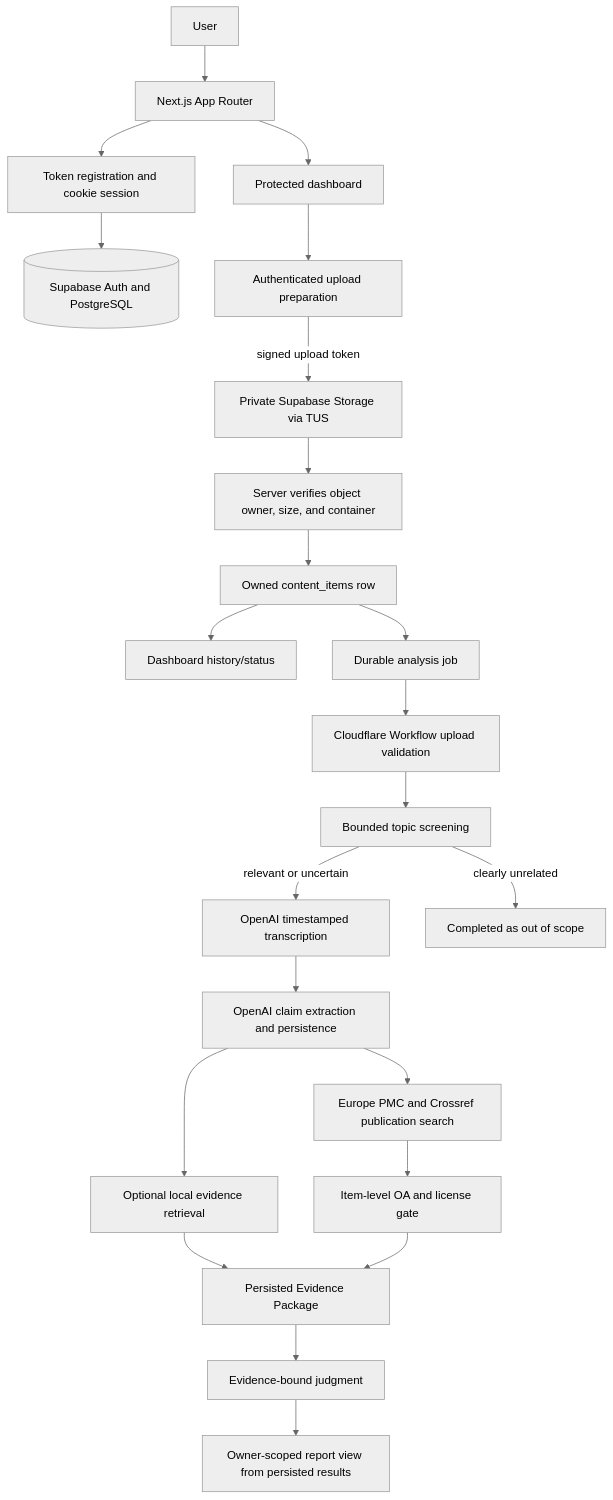
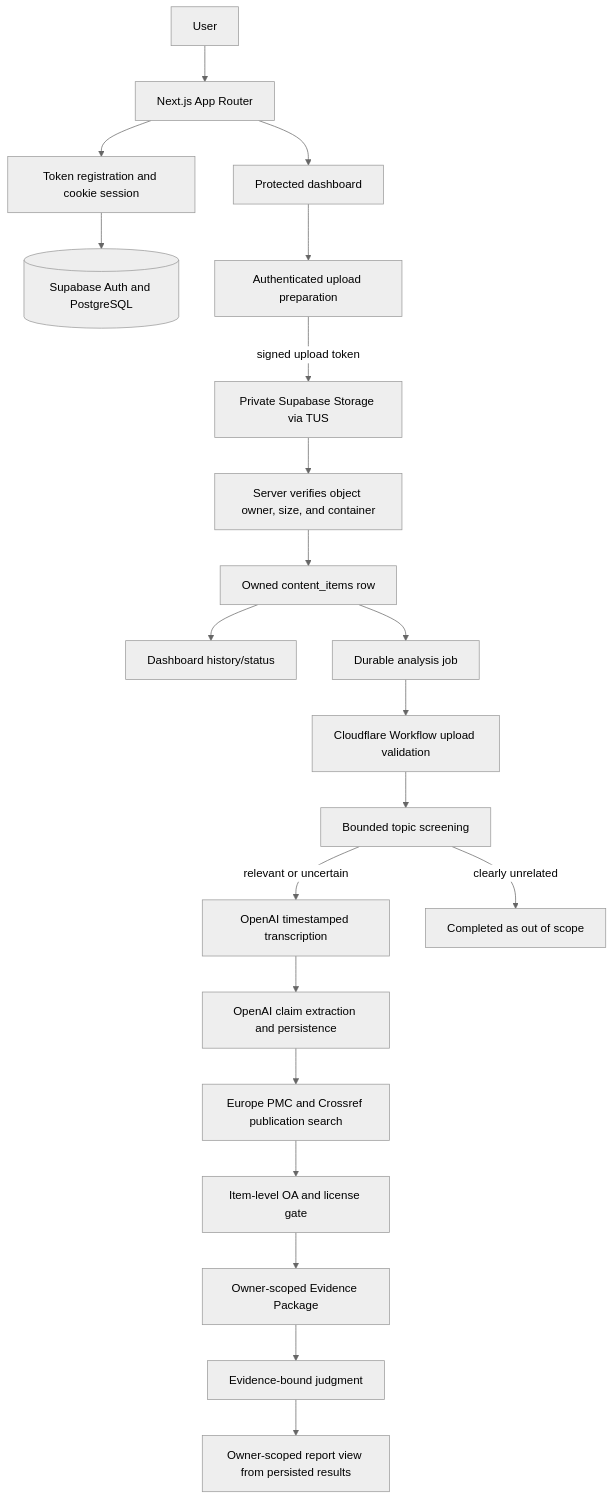
One commit to Kirbik/psych-factcheck changed the diagram in ARCHITECTURE.md. Above: the diagram before and after it, drawn with Mermaid (neutral theme). The commit also changed other lines of this file and 45 other files, not shown here.

````diff
--- a/ARCHITECTURE.md
+++ b/ARCHITECTURE.md
@@ -21,25 +21,23 @@
 ```mermaid
 flowchart TD
   U[User] --> WEB[Next.js App Router]
   WEB --> AUTH[Token registration and cookie session]
   AUTH --> DB[(Supabase Auth and PostgreSQL)]
   WEB --> DASH[Protected dashboard]
   DASH --> UP[Authenticated upload preparation]
   UP -->|signed upload token| STORAGE[Private Supabase Storage via TUS]
   STORAGE --> VERIFY[Server verifies object owner, size, and container]
   VERIFY --> CONTENT[Owned content_items row]
   CONTENT --> HISTORY[Dashboard history/status]
   CONTENT --> JOB[Durable analysis job]
   JOB --> PREP[Cloudflare Workflow upload validation]
   PREP --> SCREEN[Bounded topic screening]
   SCREEN -->|relevant or uncertain| TRANS[OpenAI timestamped transcription]
   SCREEN -->|clearly unrelated| STOP[Completed as out of scope]
   TRANS --> CLAIMS[OpenAI claim extraction and persistence]
-  CLAIMS --> RAG[Optional local evidence retrieval]
   CLAIMS --> SEARCH[Europe PMC and Crossref publication search]
-  RAG --> PACKAGE[Persisted Evidence Package]
   SEARCH --> RIGHTS[Item-level OA and license gate]
-  RIGHTS --> PACKAGE
+  RIGHTS --> PACKAGE[Owner-scoped Evidence Package]
   PACKAGE --> JUDGE[Evidence-bound judgment]
   JUDGE --> REPORT[Owner-scoped report view from persisted results]
 ```
````
